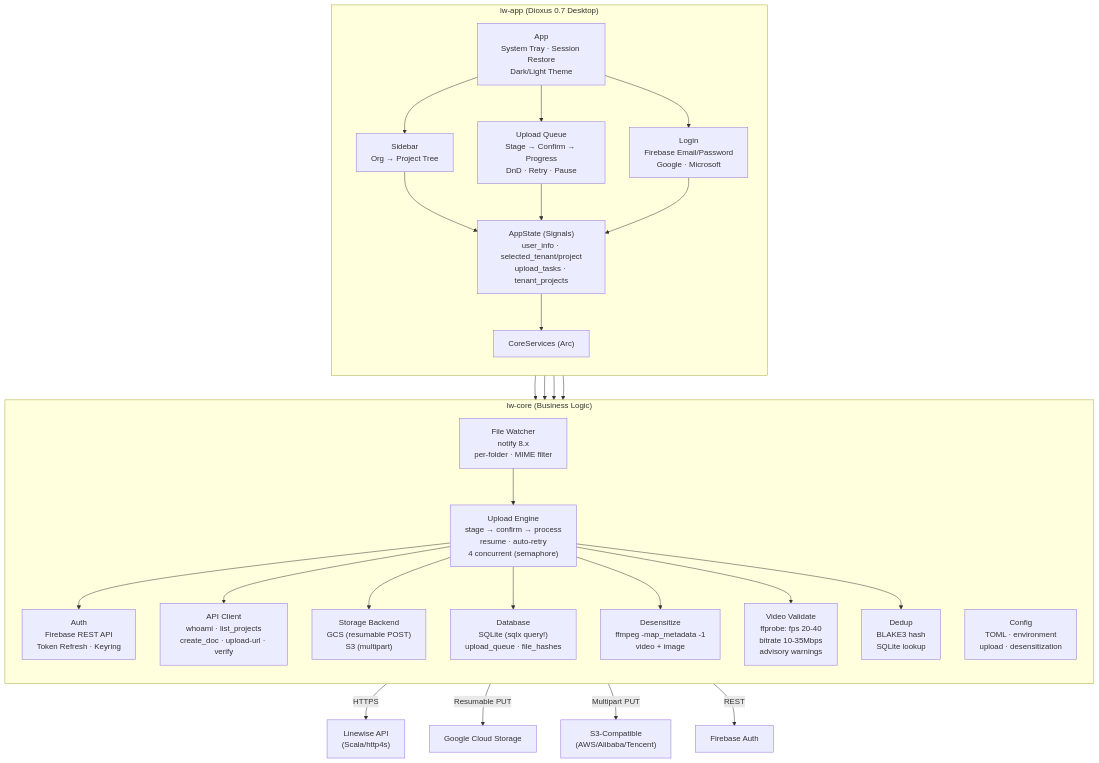
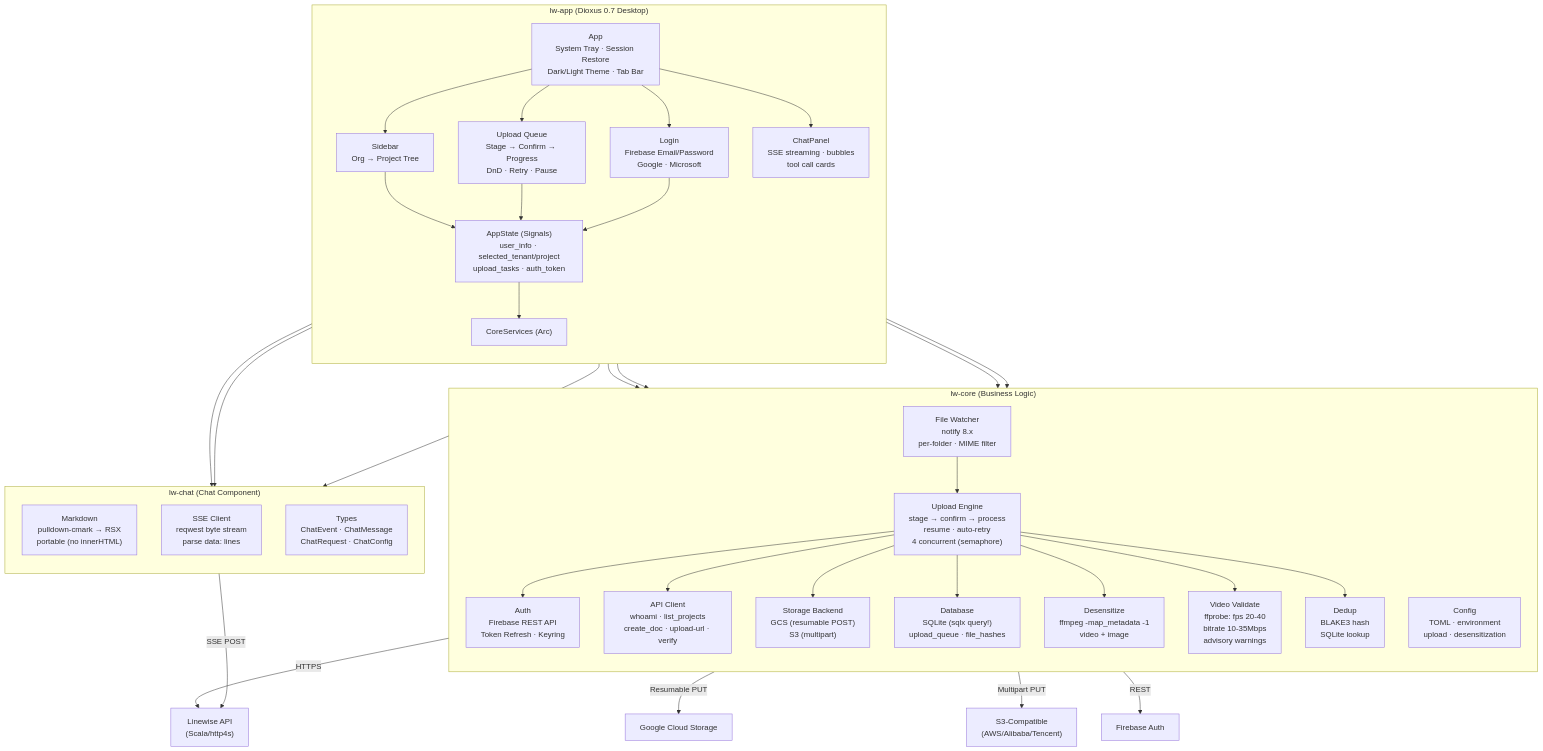
One commit to Vision-Nexus/linewise-desktop changed the first of 4 diagrams in ARCHITECTURE.md. Above: the diagram before and after it, drawn with Mermaid. The commit also changed other lines of this file and 13 other files, not shown here.

First line of the commit message:
Add Ask Linus chat panel with session history and streaming

````diff
--- a/ARCHITECTURE.md
+++ b/ARCHITECTURE.md
@@ -5,53 +5,67 @@
 ```mermaid
 graph TB
     subgraph "lw-app (Dioxus 0.7 Desktop)"
         direction TB
-        App["App<br/>System Tray · Session Restore<br/>Dark/Light Theme"]
+        App["App<br/>System Tray · Session Restore<br/>Dark/Light Theme · Tab Bar"]
         Sidebar["Sidebar<br/>Org → Project Tree"]
         Upload["Upload Queue<br/>Stage → Confirm → Progress<br/>DnD · Retry · Pause"]
         Login["Login<br/>Firebase Email/Password<br/>Google · Microsoft"]
-        State["AppState (Signals)<br/>user_info · selected_tenant/project<br/>upload_tasks · tenant_projects"]
+        State["AppState (Signals)<br/>user_info · selected_tenant/project<br/>upload_tasks · auth_token"]
         Core["CoreServices (Arc)"]
 
         App --> Sidebar
         App --> Upload
         App --> Login
+        App --> ChatUI
         Sidebar --> State
         Upload --> State
         Login --> State
         State --> Core
+    end
+
+    subgraph "lw-chat (Chat Component)"
+        direction TB
+        ChatUI["ChatPanel<br/>SSE streaming · bubbles<br/>tool call cards"]
+        MD["Markdown<br/>pulldown-cmark → RSX<br/>portable (no innerHTML)"]
+        SSE["SSE Client<br/>reqwest byte stream<br/>parse data: lines"]
+        ChatTypes["Types<br/>ChatEvent · ChatMessage<br/>ChatRequest · ChatConfig"]
+
+        ChatUI --> MD
+        ChatUI --> SSE
+        ChatUI --> ChatTypes
     end
 
     subgraph "lw-core (Business Logic)"
         direction TB
         Auth["Auth<br/>Firebase REST API<br/>Token Refresh · Keyring"]
         API["API Client<br/>whoami · list_projects<br/>create_doc · upload-url · verify"]
         Engine["Upload Engine<br/>stage → confirm → process<br/>resume · auto-retry<br/>4 concurrent (semaphore)"]
         Storage["Storage Backend<br/>GCS (resumable POST)<br/>S3 (multipart)"]
         DB["Database<br/>SQLite (sqlx query!)<br/>upload_queue · file_hashes"]
         Desensitize["Desensitize<br/>ffmpeg -map_metadata -1<br/>video + image"]
         Video["Video Validate<br/>ffprobe: fps 20-40<br/>bitrate 10-35Mbps<br/>advisory warnings"]
         Watcher["File Watcher<br/>notify 8.x<br/>per-folder · MIME filter"]
         Dedup["Dedup<br/>BLAKE3 hash<br/>SQLite lookup"]
         Config["Config<br/>TOML · environment<br/>upload · desensitization"]
 
         Engine --> Auth
         Engine --> API
         Engine --> Storage
         Engine --> DB
         Engine --> Desensitize
         Engine --> Video
         Engine --> Dedup
         Watcher --> Engine
     end
 
     Core --> Auth
     Core --> API
     Core --> Engine
     Core --> DB
 
     API -->|HTTPS| Backend["Linewise API<br/>(Scala/http4s)"]
+    SSE -->|"SSE POST"| Backend
     Storage -->|"Resumable PUT"| GCS["Google Cloud Storage"]
     Storage -->|"Multipart PUT"| S3["S3-Compatible<br/>(AWS/Alibaba/Tencent)"]
     Auth -->|REST| Firebase["Firebase Auth"]
 ```
````
